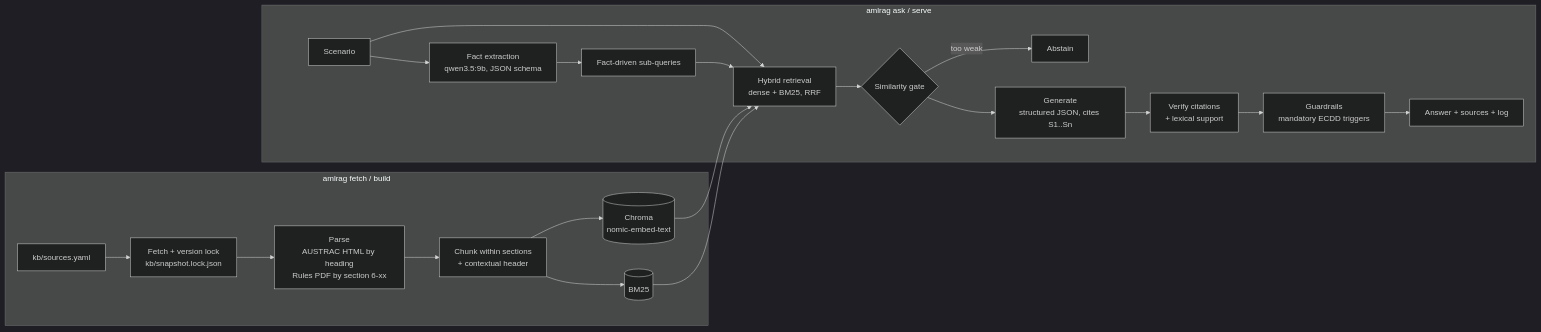
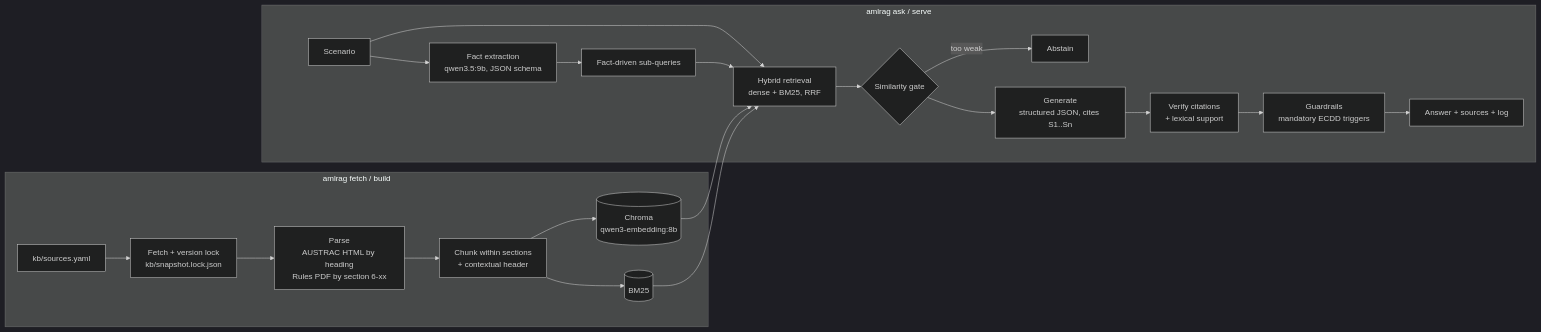
The diagram in README.md (shreyass9882/Internal-AML-KYC-compliance-assistant), drawn with Mermaid (dark theme) before and after one commit. The commit also changed other lines of this file and 10 other files, not shown here.

First line of the commit message:
Switch embeddings to qwen3-embedding:8b

````diff
--- a/README.md
+++ b/README.md
@@ -22,24 +22,24 @@
 ```mermaid
 flowchart LR
   subgraph Ingest ["amlrag fetch / build"]
     A[kb/sources.yaml] --> B[Fetch + version lock<br/>kb/snapshot.lock.json]
     B --> C[Parse<br/>AUSTRAC HTML by heading<br/>Rules PDF by section 6-xx]
     C --> D[Chunk within sections<br/>+ contextual header]
-    D --> E[(Chroma<br/>nomic-embed-text)]
+    D --> E[(Chroma<br/>qwen3-embedding:8b)]
     D --> F[(BM25)]
   end
   subgraph Answer ["amlrag ask / serve"]
     Q[Scenario] --> X[Fact extraction<br/>qwen3.5:9b, JSON schema]
     X --> S[Fact-driven sub-queries]
     Q --> R[Hybrid retrieval<br/>dense + BM25, RRF]
     S --> R
     E --> R
     F --> R
     R --> G{Similarity gate}
     G -- too weak --> AB[Abstain]
     G --> L[Generate<br/>structured JSON, cites S1..Sn]
     L --> V[Verify citations<br/>+ lexical support]
     V --> GR[Guardrails<br/>mandatory ECDD triggers]
     GR --> OUT[Answer + sources + log]
   end
 ```
````
